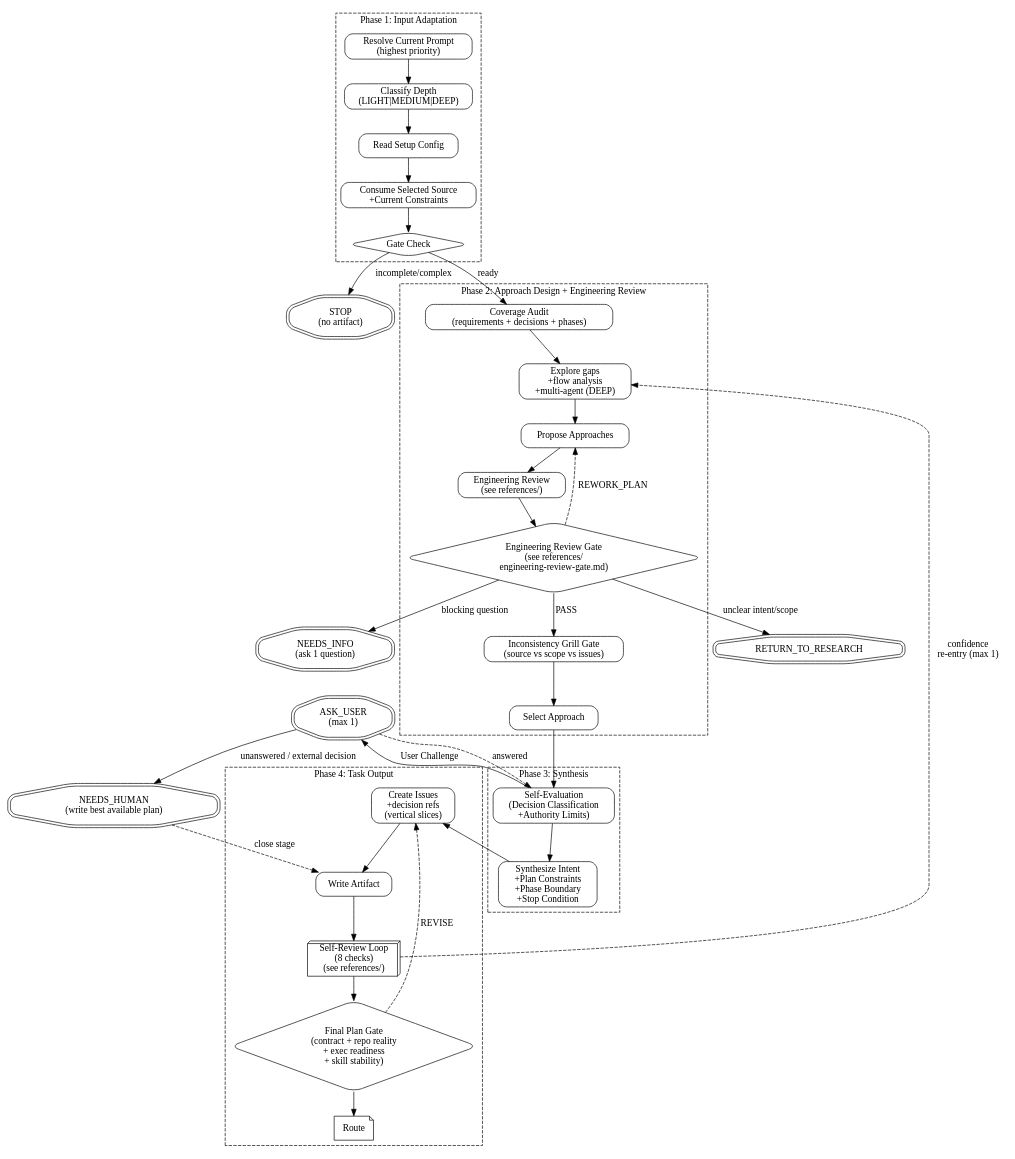
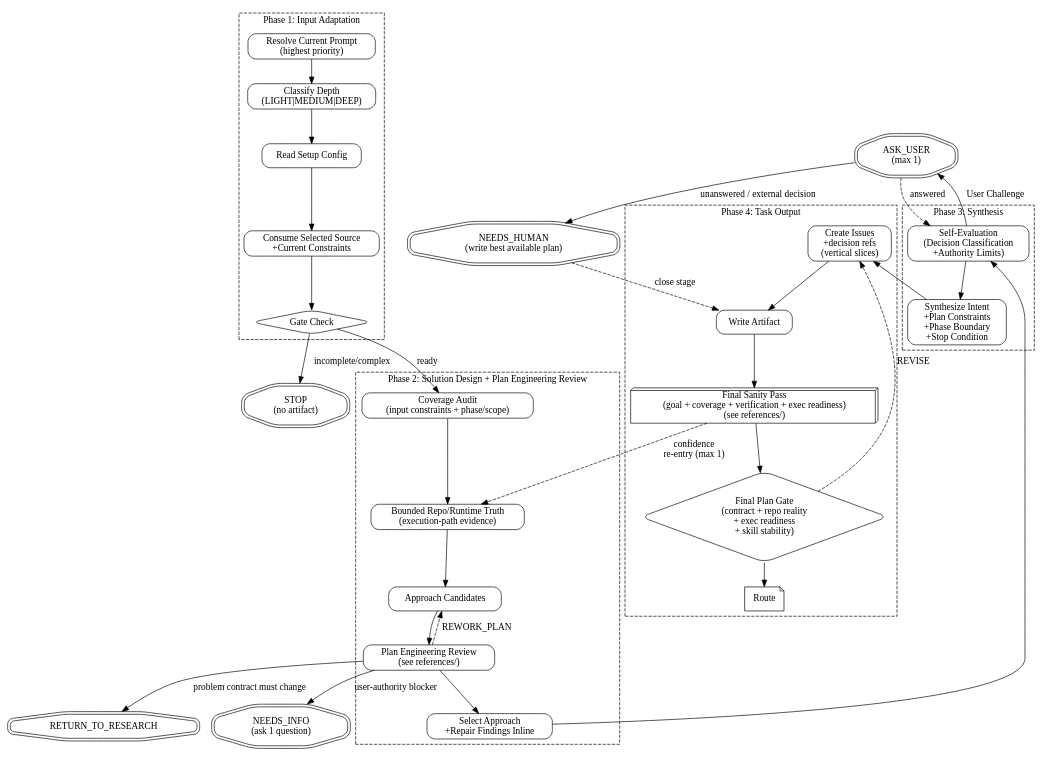
Before and after one commit to feng-y/pge: the diagram in skills/pge-plan/SKILL.md, drawn with Graphviz. The commit also changed other lines of this file and 12 other files, not shown here.

First line of the commit message:
Align pge-plan solution design contract

````diff
--- a/skills/pge-plan/SKILL.md
+++ b/skills/pge-plan/SKILL.md
@@ -109,75 +122,71 @@
 ```dot
 digraph pge_plan {
   rankdir=TB;
   node [shape=box, style=rounded];
 
   subgraph cluster_phase1 {
     label="Phase 1: Input Adaptation";
     style=dashed;
     resolve_input [label="Resolve Current Prompt\n(highest priority)"];
     classify_depth [label="Classify Depth\n(LIGHT|MEDIUM|DEEP)"];
     read_config [label="Read Setup Config"];
     consume_upstream [label="Consume Selected Source\n+Current Constraints"];
     gate_check [label="Gate Check", shape=diamond];
     resolve_input -> classify_depth -> read_config -> consume_upstream -> gate_check;
   }
 
   gate_stop [label="STOP\n(no artifact)", shape=doubleoctagon];
   gate_check -> gate_stop [label="incomplete/complex"];
 
   subgraph cluster_phase2 {
-    label="Phase 2: Approach Design + Engineering Review";
+    label="Phase 2: Solution Design + Plan Engineering Review";
     style=dashed;
-    coverage_audit [label="Coverage Audit\n(requirements + decisions + phases)"];
-    explore [label="Explore gaps\n+flow analysis\n+multi-agent (DEEP)"];
-    propose [label="Propose Approaches"];
-    eng_review [label="Engineering Review\n(see references/)"];
-    eng_gate [label="Engineering Review Gate\n(see references/\nengineering-review-gate.md)", shape=diamond];
-    grill_gate [label="Inconsistency Grill Gate\n(source vs scope vs issues)"];
-    select_approach [label="Select Approach"];
-    coverage_audit -> explore -> propose -> eng_review -> eng_gate;
-    eng_gate -> grill_gate [label="PASS"];
-    eng_gate -> propose [label="REWORK_PLAN", style=dashed];
-    grill_gate -> select_approach;
+    coverage_audit [label="Coverage Audit\n(input constraints + phase/scope)"];
+    explore [label="Bounded Repo/Runtime Truth\n(execution-path evidence)"];
+    propose [label="Approach Candidates"];
+    plan_eng_review [label="Plan Engineering Review\n(see references/)"];
+    select_approach [label="Select Approach\n+Repair Findings Inline"];
+    coverage_audit -> explore -> propose -> plan_eng_review -> select_approach;
+    plan_eng_review -> propose [label="REWORK_PLAN", style=dashed];
   }
 
   eng_gate_research [label="RETURN_TO_RESEARCH", shape=doubleoctagon];
   eng_gate_info [label="NEEDS_INFO\n(ask 1 question)", shape=doubleoctagon];
-  eng_gate -> eng_gate_research [label="unclear intent/scope"];
-  eng_gate -> eng_gate_info [label="blocking question"];
+  plan_eng_review -> eng_gate_research [label="problem contract must change"];
+  plan_eng_review -> eng_gate_info [label="user-authority blocker"];
 
   gate_check -> coverage_audit [label="ready"];
 
   subgraph cluster_phase3 {
     label="Phase 3: Synthesis";
     style=dashed;
     self_eval [label="Self-Evaluation\n(Decision Classification\n+Authority Limits)"];
     synthesize [label="Synthesize Intent\n+Plan Constraints\n+Phase Boundary\n+Stop Condition"];
     self_eval -> synthesize;
   }
 
   authority_ask [label="ASK_USER\n(max 1)", shape=doubleoctagon];
   needs_human [label="NEEDS_HUMAN\n(write best available plan)", shape=doubleoctagon];
   self_eval -> authority_ask [label="User Challenge"];
   authority_ask -> self_eval [label="answered", style=dashed];
   authority_ask -> needs_human [label="unanswered / external decision"];
 
   select_approach -> self_eval;
 
   subgraph cluster_phase4 {
     label="Phase 4: Task Output";
     style=dashed;
     create_issues [label="Create Issues\n+decision refs\n(vertical slices)"];
     write_artifact [label="Write Artifact"];
-    self_review [label="Self-Review Loop\n(8 checks)\n(see references/)", shape=box3d];
+    self_review [label="Final Sanity Pass\n(goal + coverage + verification + exec readiness)\n(see references/)", shape=box3d];
     plan_gate_final [label="Final Plan Gate\n(contract + repo reality\n+ exec readiness\n+ skill stability)", shape=diamond];
     route [label="Route", shape=note];
     create_issues -> write_artifact -> self_review -> plan_gate_final -> route;
     plan_gate_final -> create_issues [label="REVISE", style=dashed];
   }
 
   synthesize -> create_issues;
   needs_human -> write_artifact [label="close stage", style=dashed];
   self_review -> explore [label="confidence\nre-entry (max 1)", style=dashed];
 }
 ```
````
